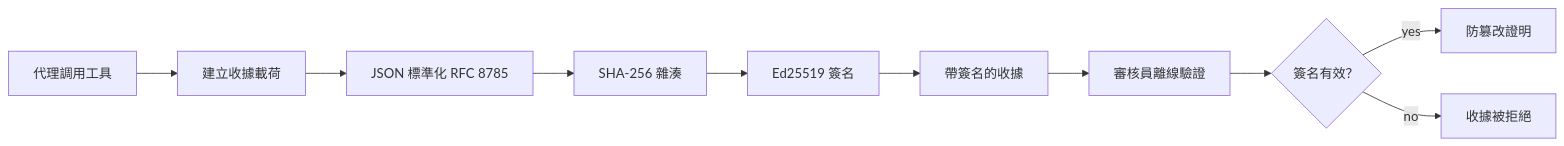
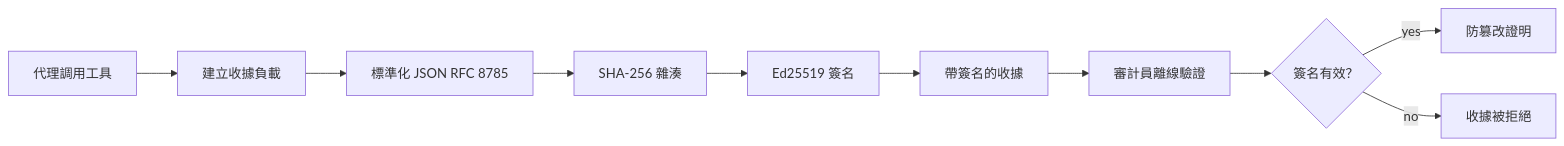
One commit to gabrielmoreira/agent-skills-mirror changed the first of 2 diagrams in mirrors/repos/microsoft@ai-agents-for-beginners/translations/zh-HK/18-securing-ai-agents/README.md. Above: the diagram before and after it, drawn with Mermaid. The commit also changed other lines of this file and 2285 other files, not shown here.

````diff
--- a/mirrors/repos/microsoft@ai-agents-for-beginners/translations/zh-HK/18-securing-ai-agents/README.md
+++ b/mirrors/repos/microsoft@ai-agents-for-beginners/translations/zh-HK/18-securing-ai-agents/README.md
@@ -51,12 +51,12 @@
 ```mermaid
 flowchart LR
-    A[代理調用工具] --> B[建立收據載荷]
-    B --> C[JSON 標準化 RFC 8785]
+    A[代理調用工具] --> B[建立收據負載]
+    B --> C[標準化 JSON RFC 8785]
     C --> D[SHA-256 雜湊]
     D --> E[Ed25519 簽名]
     E --> F[帶簽名的收據]
-    F --> G[審核員離線驗證]
+    F --> G[審計員離線驗證]
     G --> H{簽名有效？}
     H -- yes --> I[防篡改證明]
     H -- no --> J[收據被拒絕]
 ```
````
